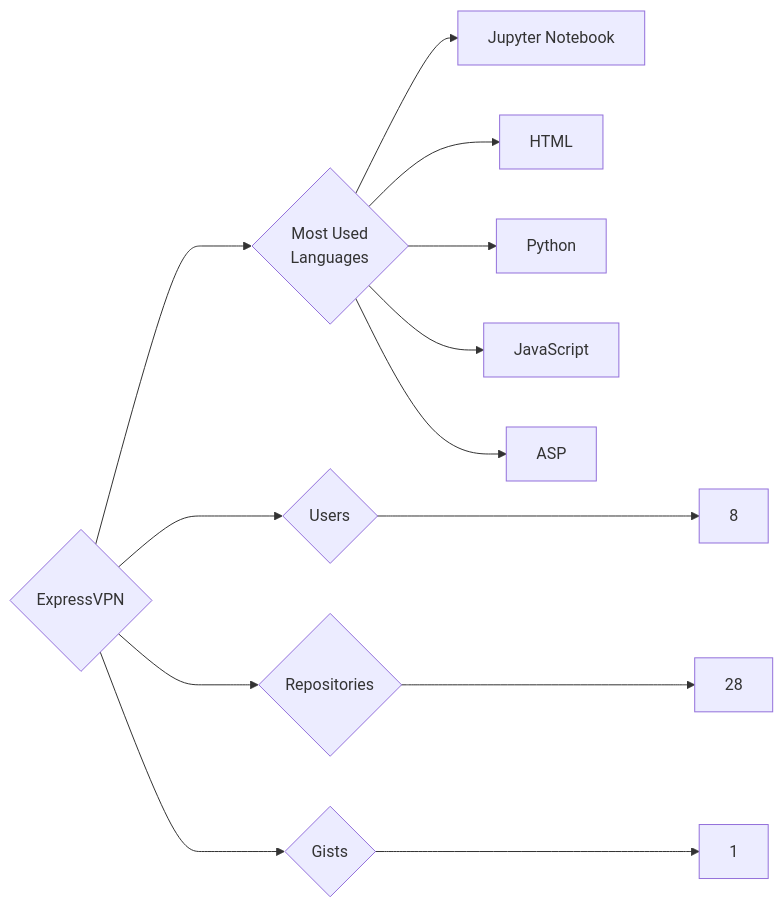
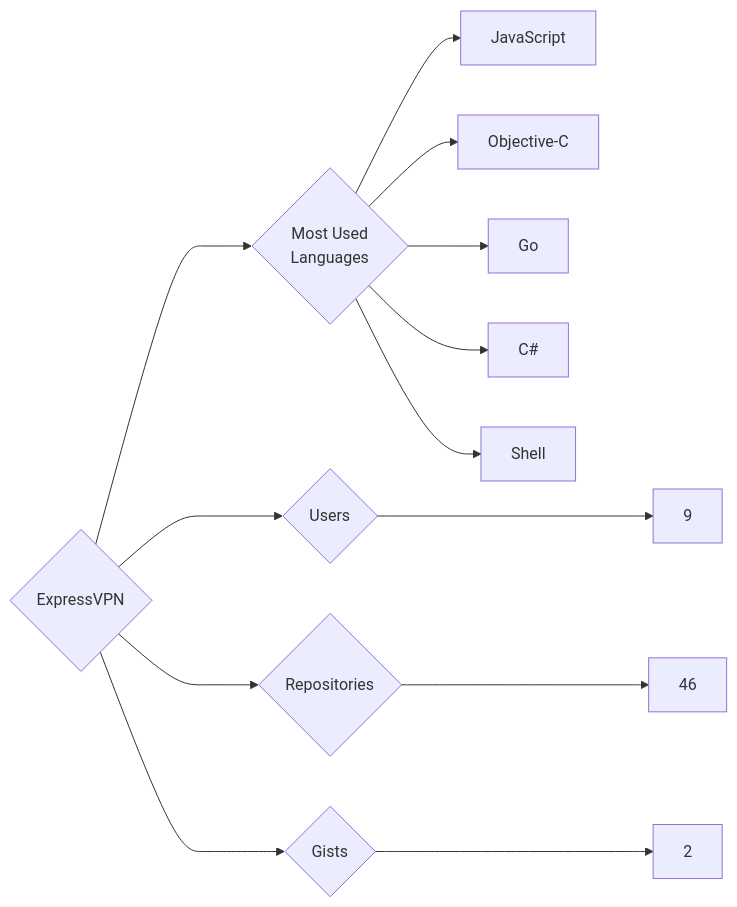
Before and after one commit to trickest/insiders: the diagram in targets/ExpressVPN/README.md, drawn with Mermaid. The commit also changed 636 other files, not shown here.

````diff
--- a/targets/ExpressVPN/README.md
+++ b/targets/ExpressVPN/README.md
@@ -3,13 +3,13 @@
 ```mermaid
 graph LR
 COMPANY_NAME{ExpressVPN}
-COMPANY_NAME ---> U{Users} ---> UN[8]
-COMPANY_NAME ---> R{Repositories} ---> RN[28]
-COMPANY_NAME ---> G{Gists} ---> GN[1]
+COMPANY_NAME ---> U{Users} ---> UN[9]
+COMPANY_NAME ---> R{Repositories} ---> RN[46]
+COMPANY_NAME ---> G{Gists} ---> GN[2]
 COMPANY_NAME ---> ML{Most Used<br>Languages}
-ML --> Jupyter_Notebook[Jupyter Notebook]
-ML --> HTML[HTML]
-ML --> Python[Python]
 ML --> JavaScript[JavaScript]
-ML --> ASP[ASP]
+ML --> Objective-C[Objective-C]
+ML --> Go[Go]
+ML --> C#[C#]
+ML --> Shell[Shell]
 ```
````
